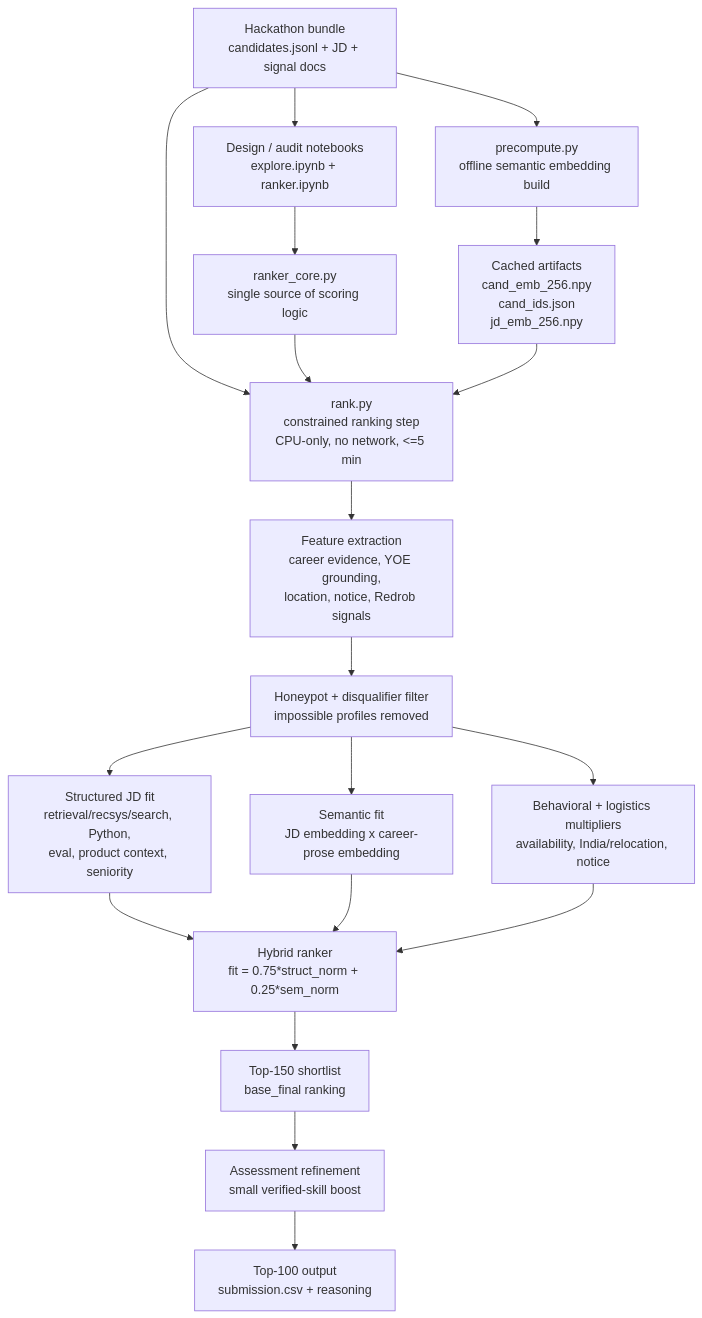
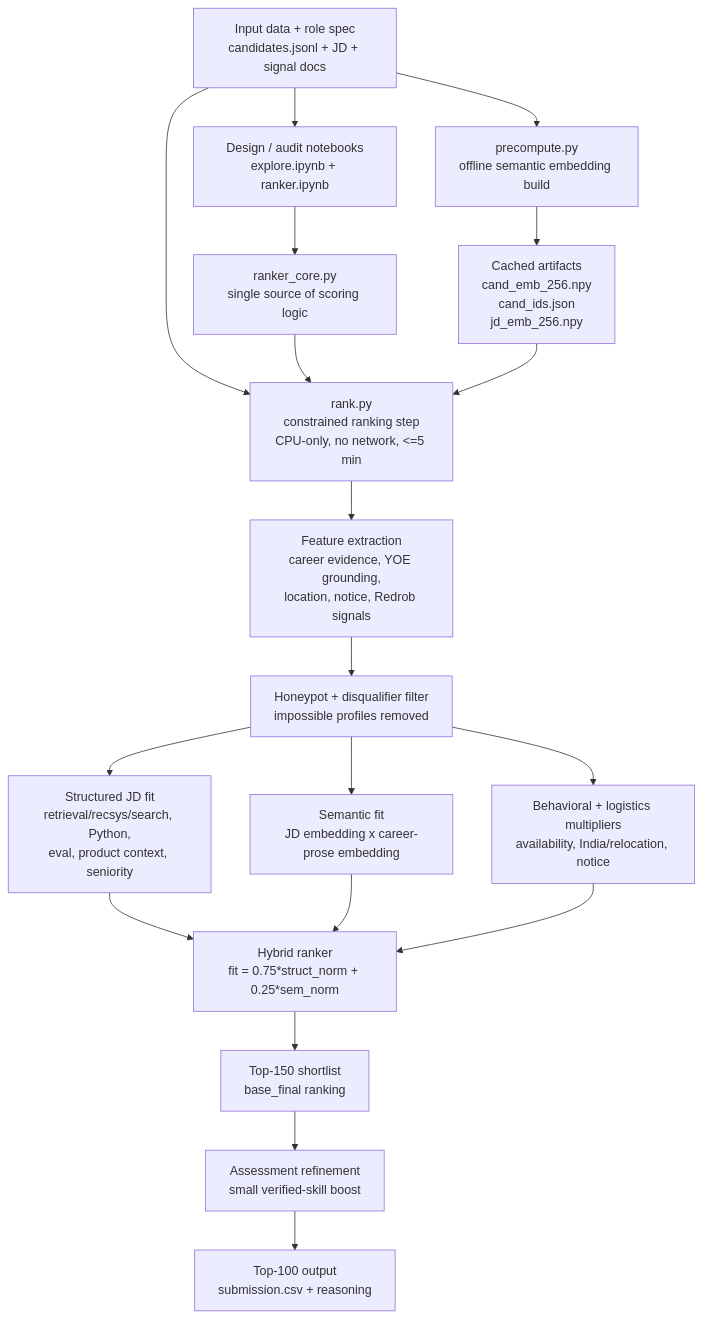
The diagram in README.md (vinamravinay12/indiarun_datachallenge), drawn with Mermaid before and after one commit. The commit also changed other lines of this file and 2 other files, not shown here.

Commit message:
updated README.md with new system_architecture image

````diff
--- a/README.md
+++ b/README.md
@@ -89,25 +89,25 @@
 ```mermaid
 flowchart TD
-    A["Hackathon bundle<br/>candidates.jsonl + JD + signal docs"] --> B["Design / audit notebooks<br/>explore.ipynb + ranker.ipynb"]
+    A["Input data + role spec<br/>candidates.jsonl + JD + signal docs"] --> B["Design / audit notebooks<br/>explore.ipynb + ranker.ipynb"]
     B --> C["ranker_core.py<br/>single source of scoring logic"]
 
     A --> D["precompute.py<br/>offline semantic embedding build"]
     D --> E["Cached artifacts<br/>cand_emb_256.npy<br/>cand_ids.json<br/>jd_emb_256.npy"]
 
     A --> F["rank.py<br/>constrained ranking step<br/>CPU-only, no network, <=5 min"]
     C --> F
     E --> F
 
     F --> G["Feature extraction<br/>career evidence, YOE grounding,<br/>location, notice, Redrob signals"]
     G --> H["Honeypot + disqualifier filter<br/>impossible profiles removed"]
     H --> I["Structured JD fit<br/>retrieval/recsys/search, Python,<br/>eval, product context, seniority"]
     H --> J["Semantic fit<br/>JD embedding x career-prose embedding"]
     H --> K["Behavioral + logistics multipliers<br/>availability, India/relocation, notice"]
 
     I --> L["Hybrid ranker<br/>fit = 0.75*struct_norm + 0.25*sem_norm"]
     J --> L
     K --> L
     L --> M["Top-150 shortlist<br/>base_final ranking"]
     M --> N["Assessment refinement<br/>small verified-skill boost"]
     N --> O["Top-100 output<br/>submission.csv + reasoning"]
 ```
````
